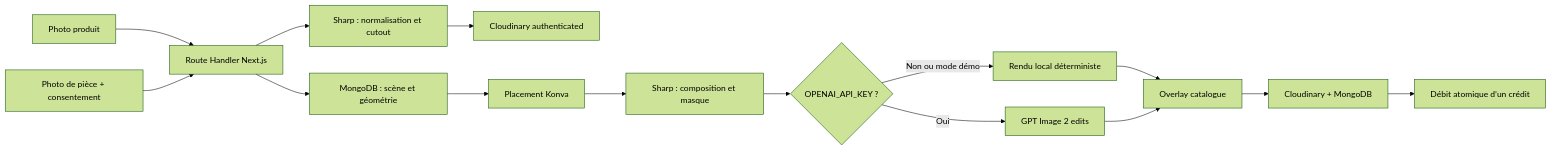
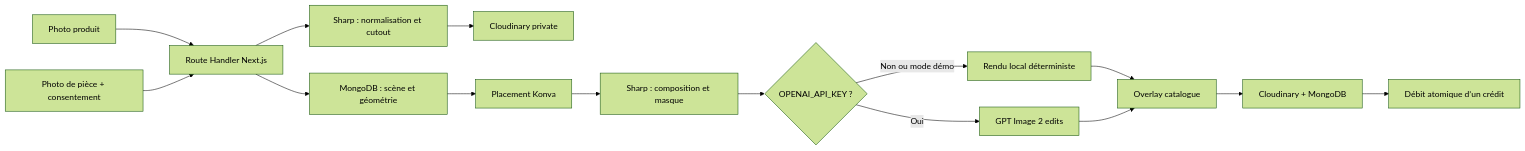
Before and after one commit to GameNotCreator/lilidecoai: the diagram in docs/architecture.md, drawn with Mermaid (forest theme). The commit also changed other lines of this file and 9 other files, not shown here.

````diff
--- a/docs/architecture.md
+++ b/docs/architecture.md
@@ -19,17 +19,17 @@
 ```mermaid
 flowchart LR
     A["Photo produit"] --> B["Route Handler Next.js"]
     B --> C["Sharp : normalisation et cutout"]
-    C --> D["Cloudinary authenticated"]
+    C --> D["Cloudinary private"]
     E["Photo de pièce + consentement"] --> B
     B --> F["MongoDB : scène et géométrie"]
     F --> G["Placement Konva"]
     G --> H["Sharp : composition et masque"]
     H --> I{"OPENAI_API_KEY ?"}
     I -->|Non ou mode démo| J["Rendu local déterministe"]
     I -->|Oui| K["GPT Image 2 edits"]
     J --> L["Overlay catalogue"]
     K --> L
     L --> M["Cloudinary + MongoDB"]
     M --> N["Débit atomique d’un crédit"]
 ```
````
